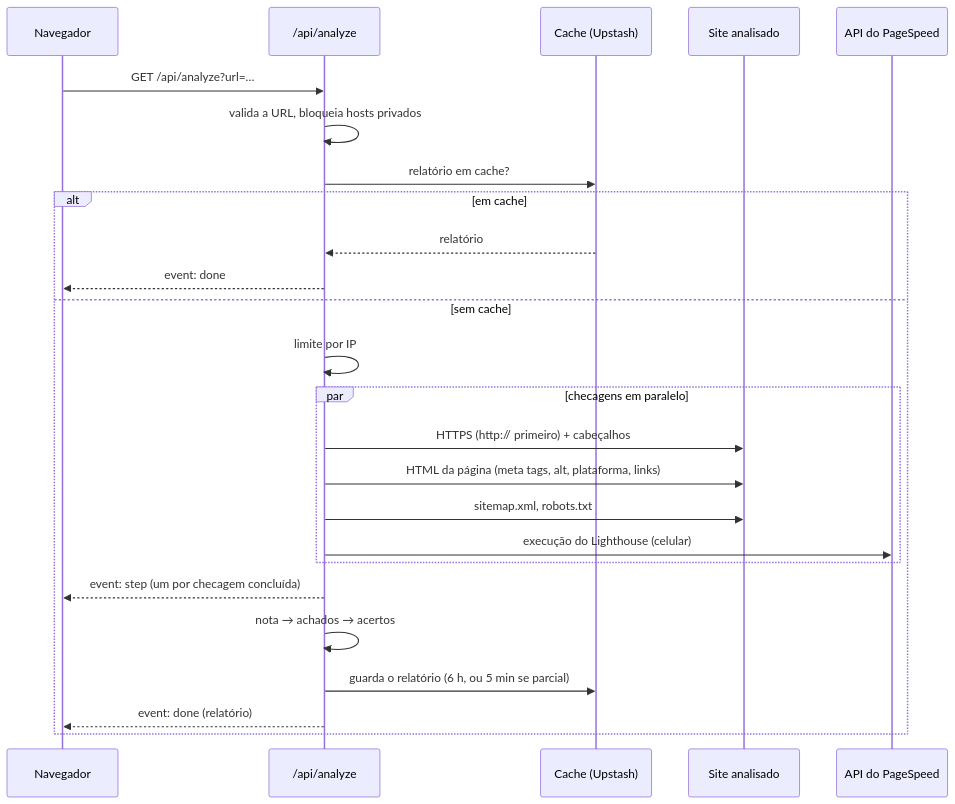
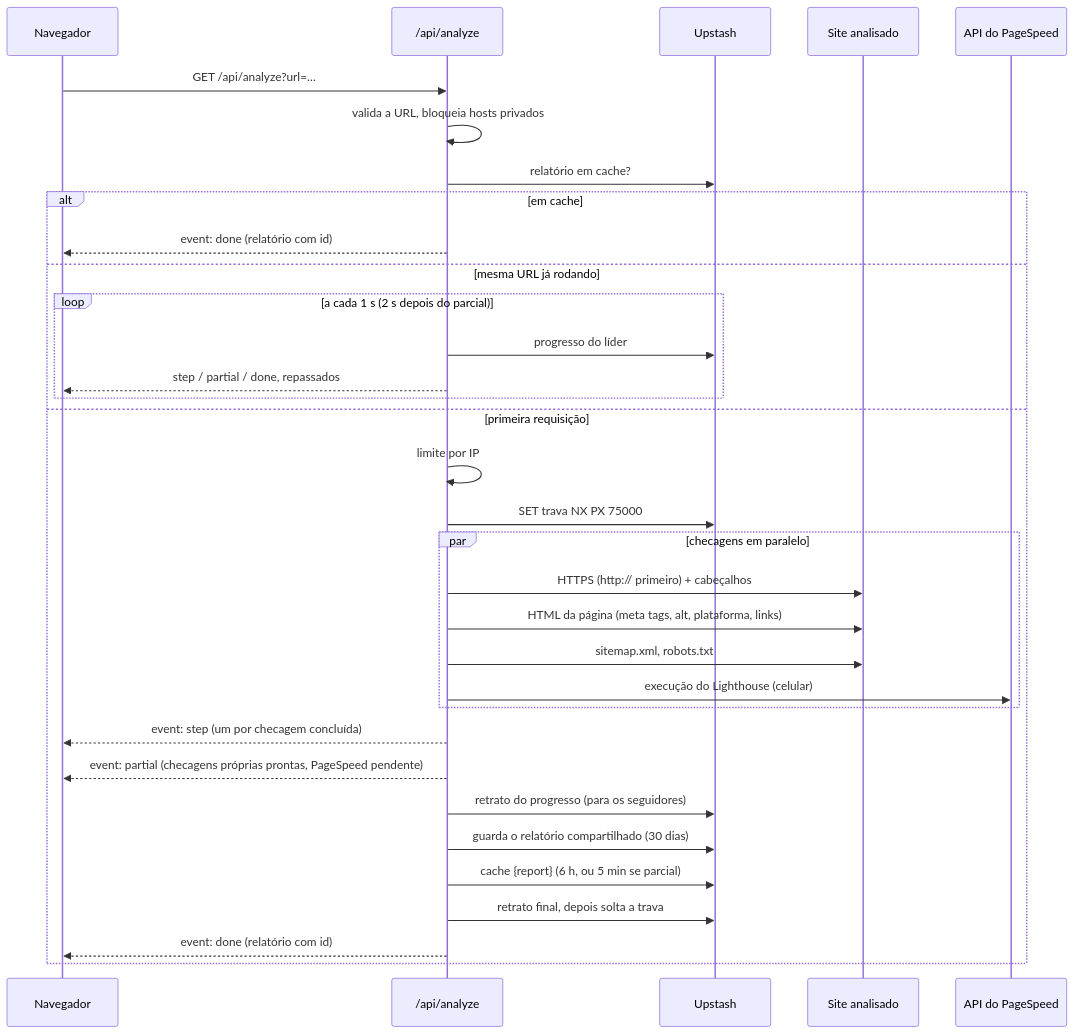
The diagram in docs/ARCHITECTURE.pt-BR.md (leodds21/Website-reviewer), drawn with Mermaid before and after one commit. The commit also changed other lines of this file and 1 other file, not shown here.

Commit message:
docs: describe the new analysis flow

````diff
--- a/docs/ARCHITECTURE.pt-BR.md
+++ b/docs/ARCHITECTURE.pt-BR.md
@@ -28,28 +33,36 @@
 ```mermaid
 sequenceDiagram
     participant B as Navegador
     participant R as /api/analyze
-    participant C as Cache (Upstash)
+    participant C as Upstash
     participant S as Site analisado
     participant G as API do PageSpeed
 
     B->>R: GET /api/analyze?url=…
     R->>R: valida a URL, bloqueia hosts privados
     R->>C: relatório em cache?
     alt em cache
-        C-->>R: relatório
-        R-->>B: event: done
-    else sem cache
+        R-->>B: event: done (relatório com id)
+    else mesma URL já rodando
+        loop a cada 1 s (2 s depois do parcial)
+            R->>C: progresso do líder
+            R-->>B: step / partial / done, repassados
+        end
+    else primeira requisição
         R->>R: limite por IP
+        R->>C: SET trava NX PX 75000
         par checagens em paralelo
             R->>S: HTTPS (http:// primeiro) + cabeçalhos
             R->>S: HTML da página (meta tags, alt, plataforma, links)
             R->>S: sitemap.xml, robots.txt
             R->>G: execução do Lighthouse (celular)
         end
         R-->>B: event: step (um por checagem concluída)
-        R->>R: nota → achados → acertos
-        R->>C: guarda o relatório (6 h, ou 5 min se parcial)
-        R-->>B: event: done (relatório)
+        R-->>B: event: partial (checagens próprias prontas, PageSpeed pendente)
+        R->>C: retrato do progresso (para os seguidores)
+        R->>C: guarda o relatório compartilhado (30 dias)
+        R->>C: cache {report} (6 h, ou 5 min se parcial)
+        R->>C: retrato final, depois solta a trava
+        R-->>B: event: done (relatório com id)
     end
 ```
````
